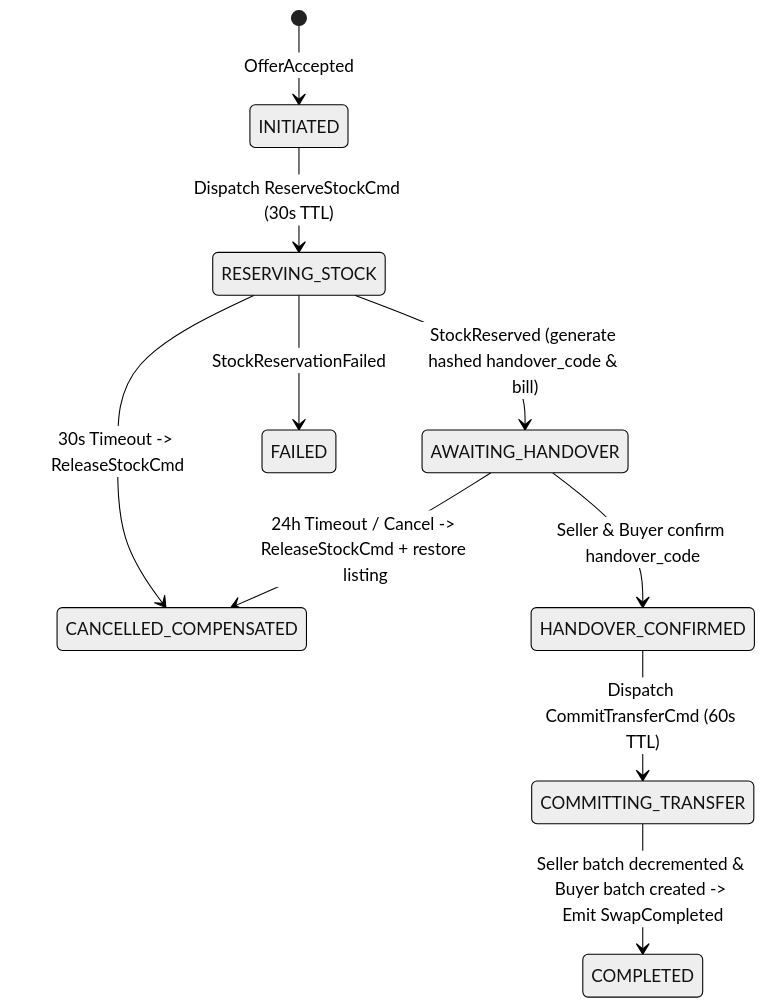
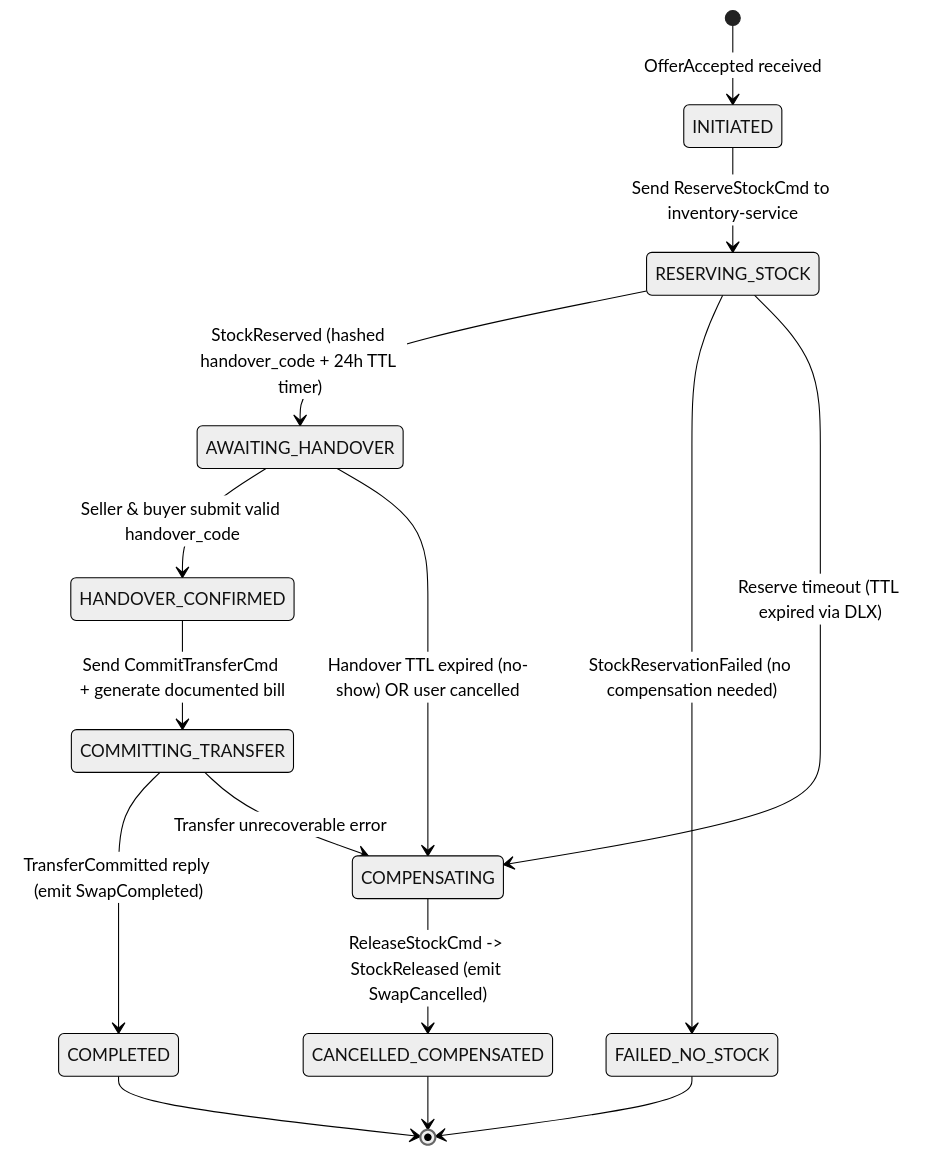
One commit to rehanshaik108834-collab/kirana-exchange changed the third of 7 diagrams in docs/phase-1-architecture.md. Above: the diagram before and after it, drawn with Mermaid (neutral theme). The commit also changed other lines of this file and 4 other files, not shown here.

First line of the commit message:
docs: add full Phase 0/1 specs, project plan, and Phase 6-17 execution roadmap

````diff
--- a/docs/phase-1-architecture.md
+++ b/docs/phase-1-architecture.md
@@ -58,12 +129,17 @@
 ```mermaid
 stateDiagram-v2
-    [*] --> INITIATED : OfferAccepted
-    INITIATED --> RESERVING_STOCK : Dispatch ReserveStockCmd (30s TTL)
-    RESERVING_STOCK --> AWAITING_HANDOVER : StockReserved (generate hashed handover_code & bill)
-    RESERVING_STOCK --> FAILED : StockReservationFailed
-    RESERVING_STOCK --> CANCELLED_COMPENSATED : 30s Timeout -> ReleaseStockCmd
-    AWAITING_HANDOVER --> HANDOVER_CONFIRMED : Seller & Buyer confirm handover_code
-    AWAITING_HANDOVER --> CANCELLED_COMPENSATED : 24h Timeout / Cancel -> ReleaseStockCmd + restore listing
-    HANDOVER_CONFIRMED --> COMMITTING_TRANSFER : Dispatch CommitTransferCmd (60s TTL)
-    COMMITTING_TRANSFER --> COMPLETED : Seller batch decremented & Buyer batch created -> Emit SwapCompleted
+    [*] --> INITIATED : OfferAccepted received
+    INITIATED --> RESERVING_STOCK : Send ReserveStockCmd to inventory-service
+    RESERVING_STOCK --> AWAITING_HANDOVER : StockReserved (hashed handover_code + 24h TTL timer)
+    RESERVING_STOCK --> FAILED_NO_STOCK : StockReservationFailed (no compensation needed)
+    RESERVING_STOCK --> COMPENSATING : Reserve timeout (TTL expired via DLX)
+    AWAITING_HANDOVER --> HANDOVER_CONFIRMED : Seller & buyer submit valid handover_code
+    AWAITING_HANDOVER --> COMPENSATING : Handover TTL expired (no-show) OR user cancelled
+    HANDOVER_CONFIRMED --> COMMITTING_TRANSFER : Send CommitTransferCmd + generate documented bill
+    COMMITTING_TRANSFER --> COMPLETED : TransferCommitted reply (emit SwapCompleted)
+    COMMITTING_TRANSFER --> COMPENSATING : Transfer unrecoverable error
+    COMPENSATING --> CANCELLED_COMPENSATED : ReleaseStockCmd -> StockReleased (emit SwapCancelled)
+    FAILED_NO_STOCK --> [*]
+    COMPLETED --> [*]
+    CANCELLED_COMPENSATED --> [*]
 ```
````
